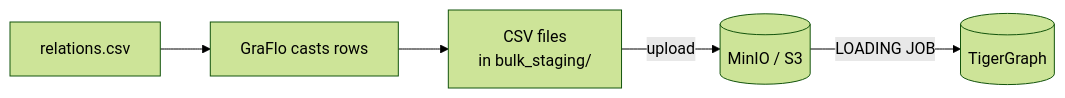
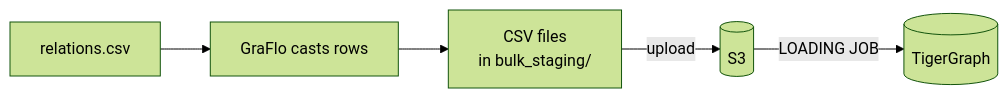
Before and after one commit to growgraph/graflo: the diagram in examples/13-tigergraph-bulk-s3/README.md, drawn with Mermaid (forest theme). The commit also changed other lines of this file and 39 other files, not shown here.

````diff
--- a/examples/13-tigergraph-bulk-s3/README.md
+++ b/examples/13-tigergraph-bulk-s3/README.md
@@ -13,7 +13,7 @@
 ```mermaid
 flowchart LR
     csv[relations.csv] --> cast[GraFlo casts rows]
     cast --> staged["CSV files<br/>in bulk_staging/"]
-    staged -- upload --> s3[(MinIO / S3)]
+    staged -- upload --> s3[(S3)]
     s3 -- LOADING JOB --> tg[(TigerGraph)]
 ```
````
